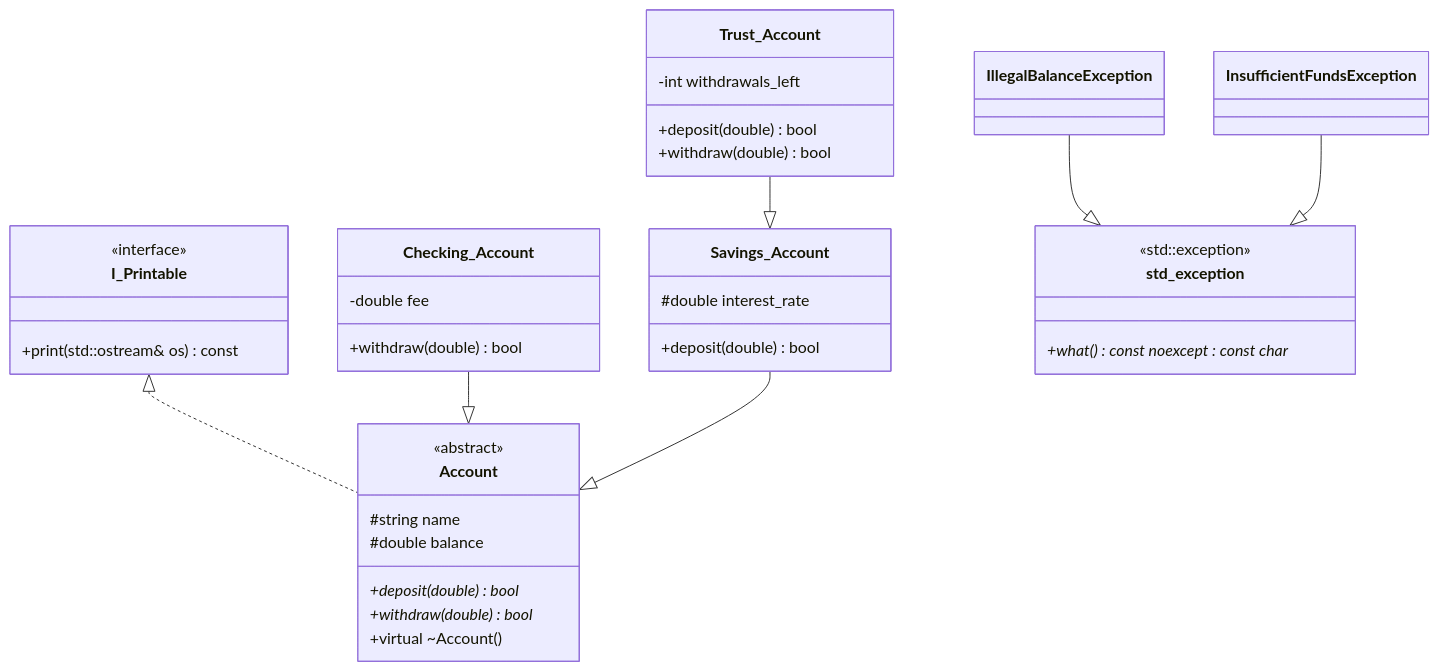
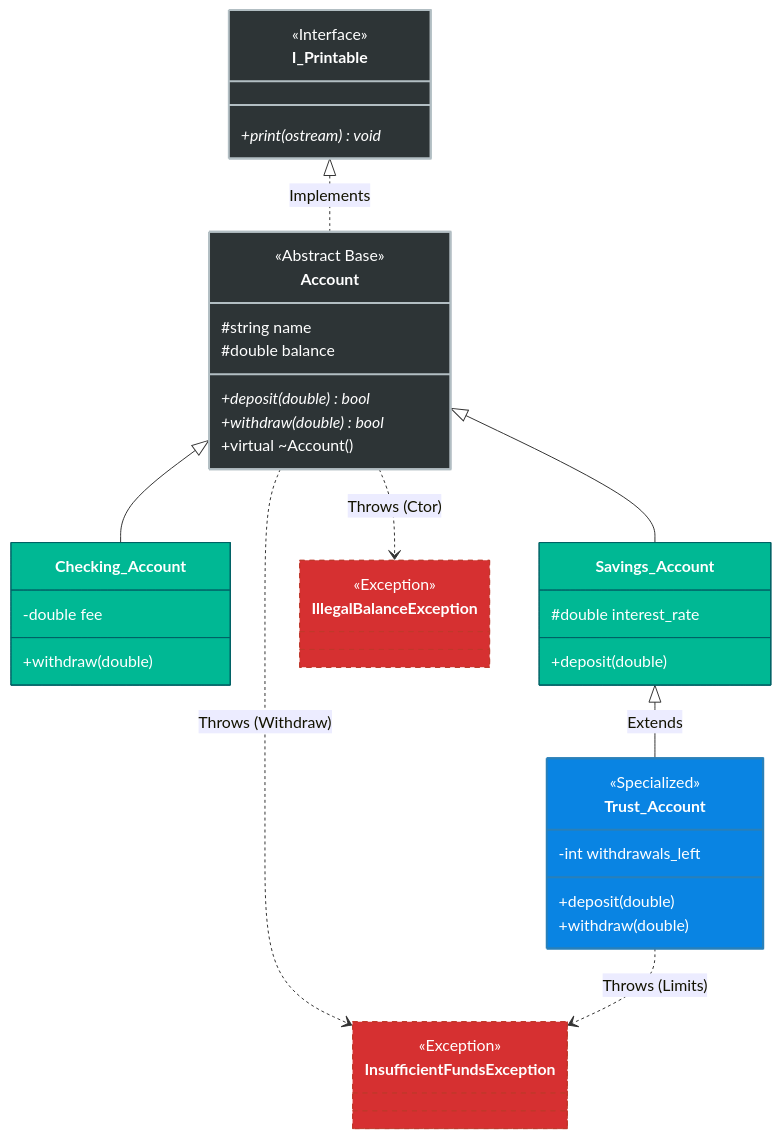
Before and after one commit to RanAlmagor/Cpp-Core-Concepts: the diagram in Polymorphic-Banking-System/Readme.md, drawn with Mermaid.

````diff
--- a/Polymorphic-Banking-System/Readme.md
+++ b/Polymorphic-Banking-System/Readme.md
@@ -29,54 +29,72 @@
 ```mermaid
 classDiagram
     direction TB
 
-    %% Interface
+    %% --- Core Abstractions ---
     class I_Printable {
-        <<interface>>
-        +print(std::ostream& os) const
+        <<Interface>>
+        +print(ostream) void*
     }
 
-    %% Abstract Base
     class Account {
-        <<abstract>>
+        <<Abstract Base>>
         #string name
         #double balance
-        +deposit(double) bool*
-        +withdraw(double) bool*
+        +deposit(double)* bool
+        +withdraw(double)* bool
         +virtual ~Account()
     }
 
-    %% Concrete Classes
+    %% --- Concrete Implementations ---
     class Checking_Account {
         -double fee
-        +withdraw(double) bool
+        +withdraw(double)
     }
 
     class Savings_Account {
         #double interest_rate
-        +deposit(double) bool
+        +deposit(double)
     }
 
     class Trust_Account {
+        <<Specialized>>
         -int withdrawals_left
-        +deposit(double) bool
-        +withdraw(double) bool
+        +deposit(double)
+        +withdraw(double)
     }
 
-    %% Exceptions
-    class std_exception {
-        <<std::exception>>
-        +what() const noexcept : const char*
+    %% --- Exception Handling ---
+    class IllegalBalanceException {
+        <<Exception>>
     }
-    class IllegalBalanceException
-    class InsufficientFundsException
+    class InsufficientFundsException {
+        <<Exception>>
+    }
 
-    %% Relationships
-    I_Printable <|.. Account
-    Checking_Account --|> Account
-    Savings_Account --|> Account
-    Trust_Account --|> Savings_Account
+    %% --- Relationships (Inheritance) ---
+    I_Printable <|.. Account : Implements
+    Account <|-- Checking_Account
+    Account <|-- Savings_Account
+    Savings_Account <|-- Trust_Account : Extends
 
-    IllegalBalanceException --|> std_exception
-    InsufficientFundsException --|> std_exception
+    %% --- Dependencies (Who throws what?) ---
+    Account ..> IllegalBalanceException : Throws (Ctor)
+    Account ..> InsufficientFundsException : Throws (Withdraw)
+    Trust_Account ..> InsufficientFundsException : Throws (Limits)
+
+    %% --- Styling (Pro Palette) ---
+    %% Dark Grey for Base/Interface
+    style I_Printable fill:#2d3436,stroke:#b2bec3,stroke-width:2px,color:#fff
+    style Account fill:#2d3436,stroke:#b2bec3,stroke-width:2px,color:#fff
+    
+    %% Green/Teal for Standard Accounts
+    style Checking_Account fill:#00b894,stroke:#006266,color:#fff
+    style Savings_Account fill:#00b894,stroke:#006266,color:#fff
+    
+    %% Royal Blue for the "Power" Account
+    style Trust_Account fill:#0984e3,stroke:#2980b9,stroke-width:2px,color:#fff
+
+    %% Red/Orange for Exceptions
+    style IllegalBalanceException fill:#d63031,stroke:#c0392b,color:#fff,stroke-dasharray: 5 5
+    style InsufficientFundsException fill:#d63031,stroke:#c0392b,color:#fff,stroke-dasharray: 5 5
 ```
````
